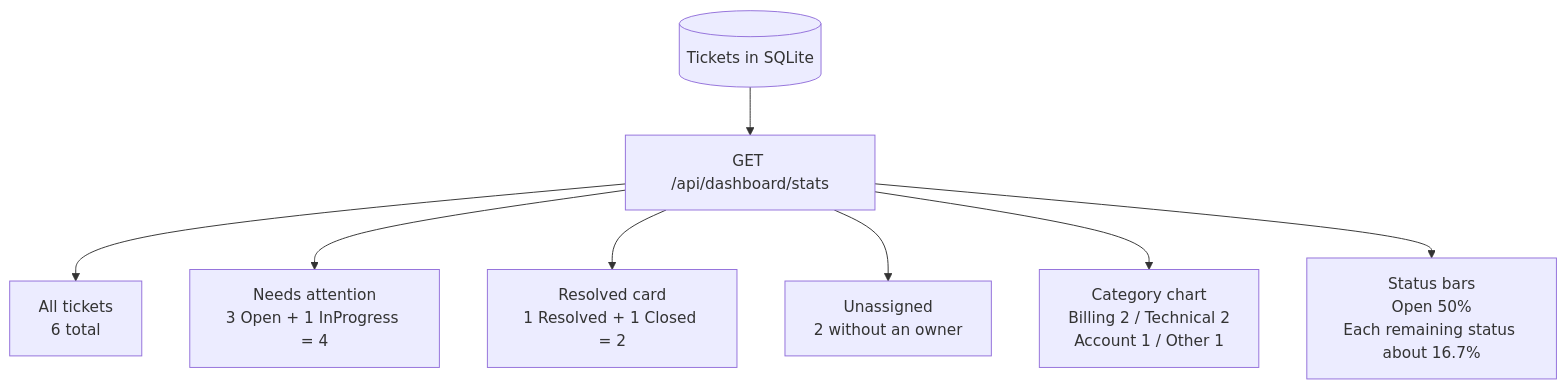
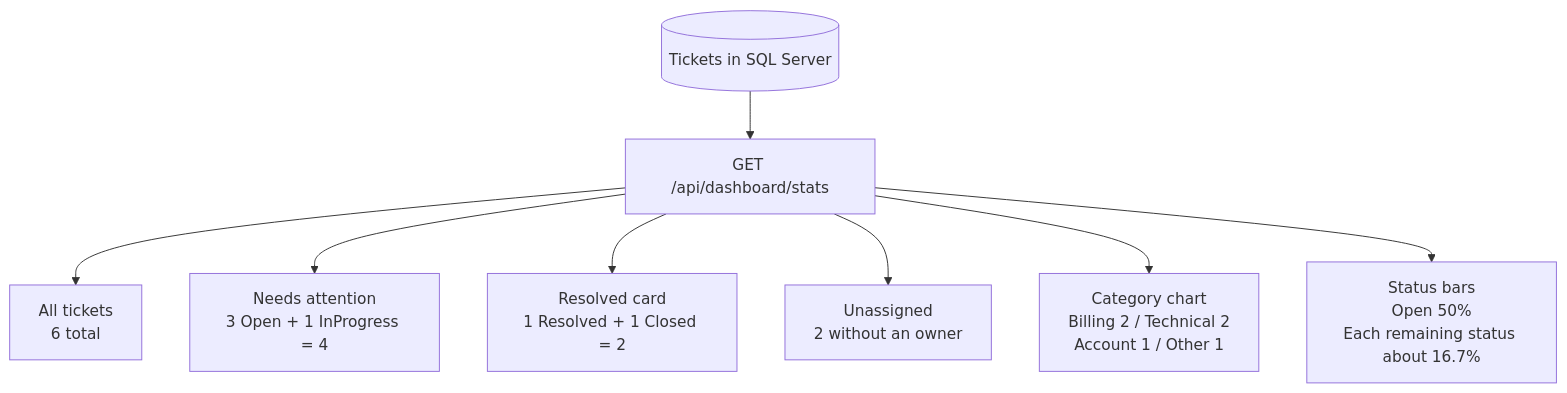
The second of 12 diagrams in README.md (wldbaig/HelpDesk-AI), drawn with Mermaid before and after one commit. The commit also changed other lines of this file and 38 other files, not shown here.

Commit message:
feature/major_fixes_migrate_to_sql_server_and_refactor_angular_frontend_to_npm_removed_pnmp

````diff
--- a/README.md
+++ b/README.md
@@ -51,10 +51,10 @@
 ```mermaid
 flowchart TB
-    DB[("Tickets in SQLite")] --> Stats["GET /api/dashboard/stats"]
+    DB[("Tickets in SQL Server")] --> Stats["GET /api/dashboard/stats"]
     Stats --> Total["All tickets<br/>6 total"]
     Stats --> Attention["Needs attention<br/>3 Open + 1 InProgress = 4"]
     Stats --> Done["Resolved card<br/>1 Resolved + 1 Closed = 2"]
     Stats --> Unassigned["Unassigned<br/>2 without an owner"]
     Stats --> Category["Category chart<br/>Billing 2 / Technical 2<br/>Account 1 / Other 1"]
     Stats --> Bars["Status bars<br/>Open 50%<br/>Each remaining status about 16.7%"]
 ```
````
